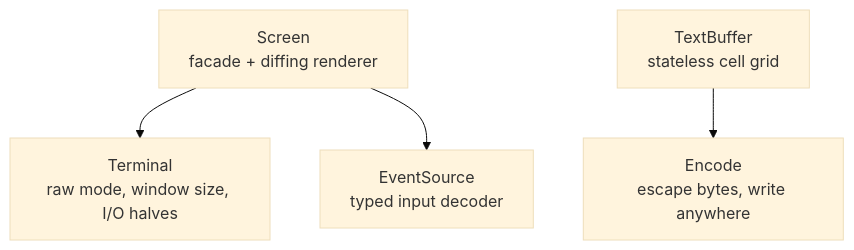
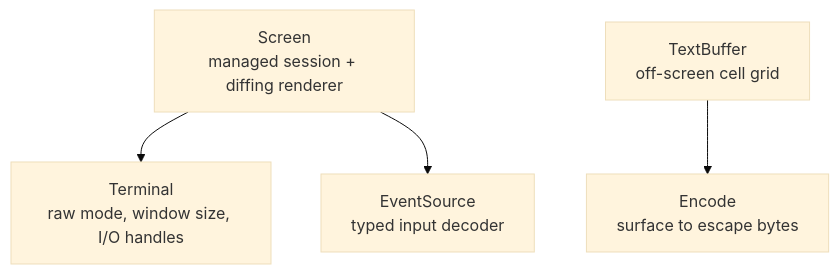
Before and after one commit to aymanbagabas/uncurses: the diagram in website/content/docs/getting-started/the-layers.md, drawn with Mermaid (base theme). The commit also changed other lines of this file and 26 other files, not shown here.

````diff
--- a/website/content/docs/getting-started/the-layers.md
+++ b/website/content/docs/getting-started/the-layers.md
@@ -11,7 +10,7 @@
 ```mermaid
 flowchart TB
-  Screen["Screen<br/>facade + diffing renderer"]
-  Screen --> Terminal["Terminal<br/>raw mode, window size, I/O halves"]
+  Screen["Screen<br/>managed session + diffing renderer"]
+  Screen --> Terminal["Terminal<br/>raw mode, window size, I/O handles"]
   Screen --> EventSource["EventSource<br/>typed input decoder"]
-  TextBuffer["TextBuffer<br/>stateless cell grid"] --> Encode["Encode<br/>escape bytes, write anywhere"]
+  TextBuffer["TextBuffer<br/>off-screen cell grid"] --> Encode["Encode<br/>surface to escape bytes"]
 ```
````
